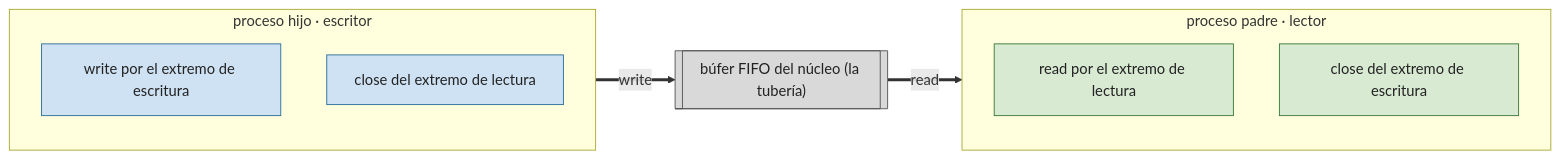
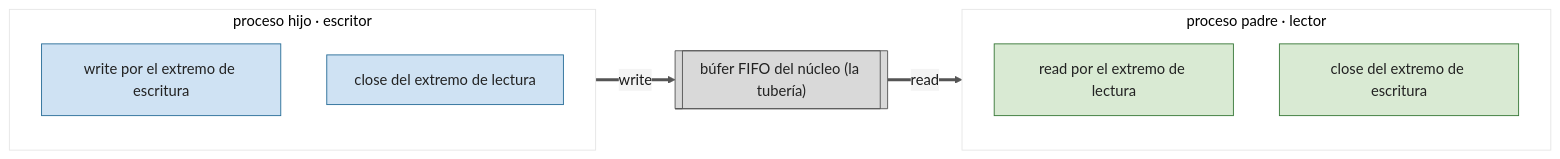
Before and after one commit to asiermarzo/ssoo: the diagram in PRACTICA/03-pipes-y-fifos/README.md, drawn with Mermaid. The commit also changed 89 other files, not shown here.

Commit message:
quitar ejercicios extra y ocultar temas teoría/práctica hasta que estén revisados. Ajustes color fondos mermaid

````diff
--- a/PRACTICA/03-pipes-y-fifos/README.md
+++ b/PRACTICA/03-pipes-y-fifos/README.md
@@ -31,23 +31,24 @@
 ```mermaid
+%%{init: {'theme': 'base', 'themeVariables': {'background': '#ffffff', 'primaryColor': '#eef2f7', 'primaryTextColor': '#1a1a1a', 'primaryBorderColor': '#555555', 'lineColor': '#555555', 'secondaryColor': '#f4f4f4', 'tertiaryColor': '#ffffff'}}}%%
 flowchart LR
     subgraph Padre["proceso padre · lector"]
         direction TB
         PR["read por el extremo de lectura"]
         PC["close del extremo de escritura"]
     end
     subgraph Hijo["proceso hijo · escritor"]
         direction TB
         HW["write por el extremo de escritura"]
         HC["close del extremo de lectura"]
     end
     HW ==>|"write"| BUF[["búfer FIFO del núcleo (la tubería)"]]
     BUF ==>|"read"| PR
 
     classDef lector fill:#d9ead3,stroke:#3a7a3a,color:#222;
     classDef escritor fill:#cfe2f3,stroke:#2b6f99,color:#222;
     classDef nucleo fill:#d9d9d9,stroke:#555,color:#222;
 
     class PR,PC lector;
     class HW,HC escritor;
     class BUF nucleo;
 ```
````
